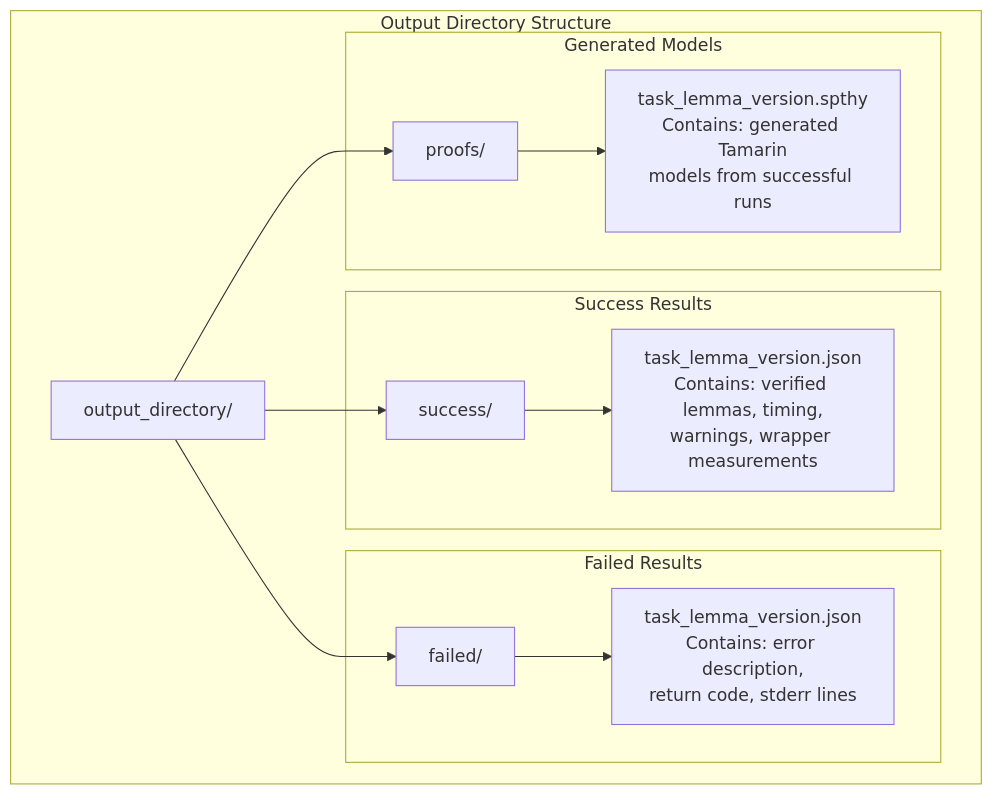
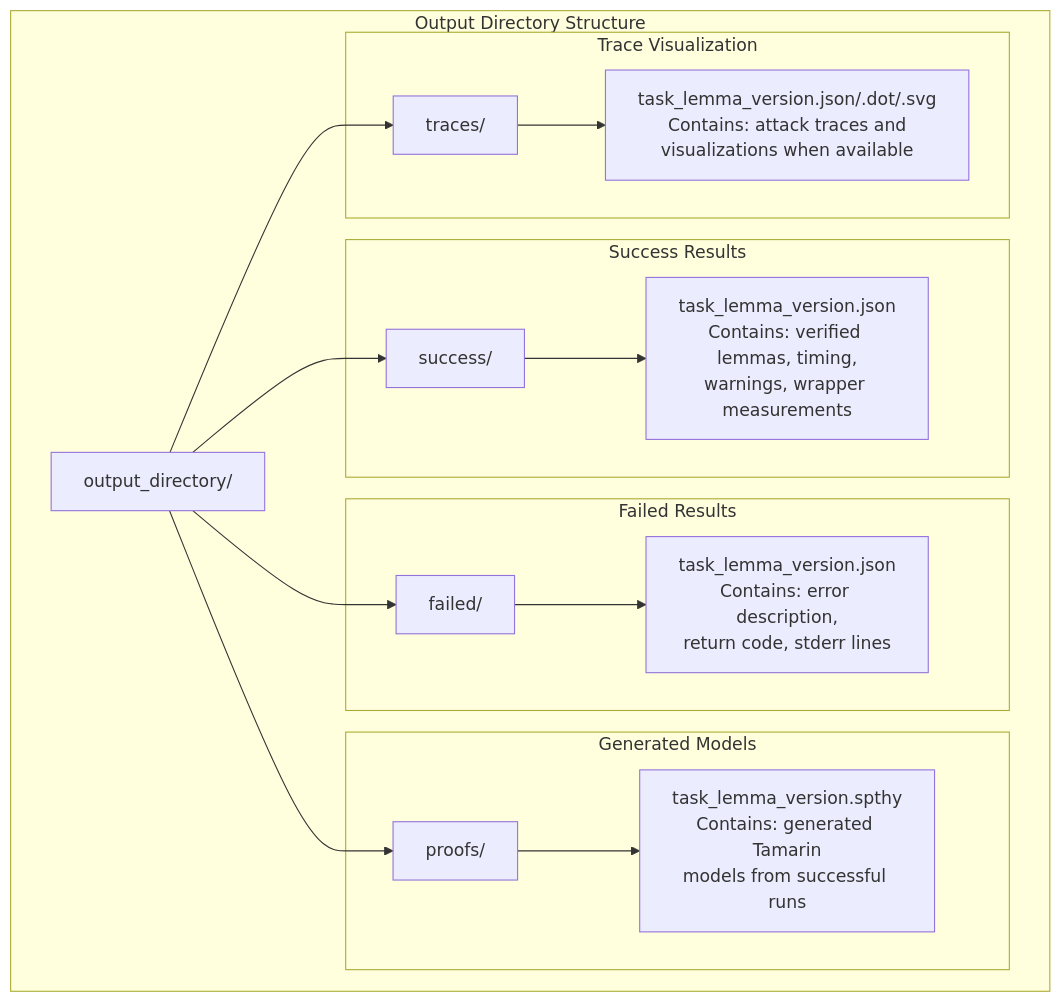
One commit to tamarin-prover/batch-tamarin changed the eighth of 12 diagrams in ARCHITECTURE.md. Above: the diagram before and after it, drawn with Mermaid. The commit also changed other lines of this file and 4 other files, not shown here.

````diff
--- a/ARCHITECTURE.md
+++ b/ARCHITECTURE.md
@@ -584,29 +591,36 @@
 ```mermaid
 graph TD
     subgraph "Output Directory Structure"
         OUTPUT_DIR[output_directory/]
 
         subgraph "Success Results"
             SUCCESS_DIR[success/]
             SUCCESS_JSON[task_lemma_version.json<br/>Contains: verified lemmas, timing,<br/>warnings, wrapper measurements]
         end
 
         subgraph "Failed Results"
             FAILED_DIR[failed/]
             FAILED_JSON[task_lemma_version.json<br/>Contains: error description,<br/>return code, stderr lines]
         end
 
         subgraph "Generated Models"
             MODELS_DIR[proofs/]
             SPTHY_FILES[task_lemma_version.spthy<br/>Contains: generated Tamarin<br/>models from successful runs]
         end
+
+        subgraph "Trace Visualization"
+            TRACES_DIR[traces/]
+            TRACE_FILES[task_lemma_version.json/.dot/.svg<br/>Contains: attack traces and<br/>visualizations when available]
+        end
     end
 
     OUTPUT_DIR --> SUCCESS_DIR
     OUTPUT_DIR --> FAILED_DIR
     OUTPUT_DIR --> MODELS_DIR
+    OUTPUT_DIR --> TRACES_DIR
 
     SUCCESS_DIR --> SUCCESS_JSON
     FAILED_DIR --> FAILED_JSON
     MODELS_DIR --> SPTHY_FILES
+    TRACES_DIR --> TRACE_FILES
 ```
````
